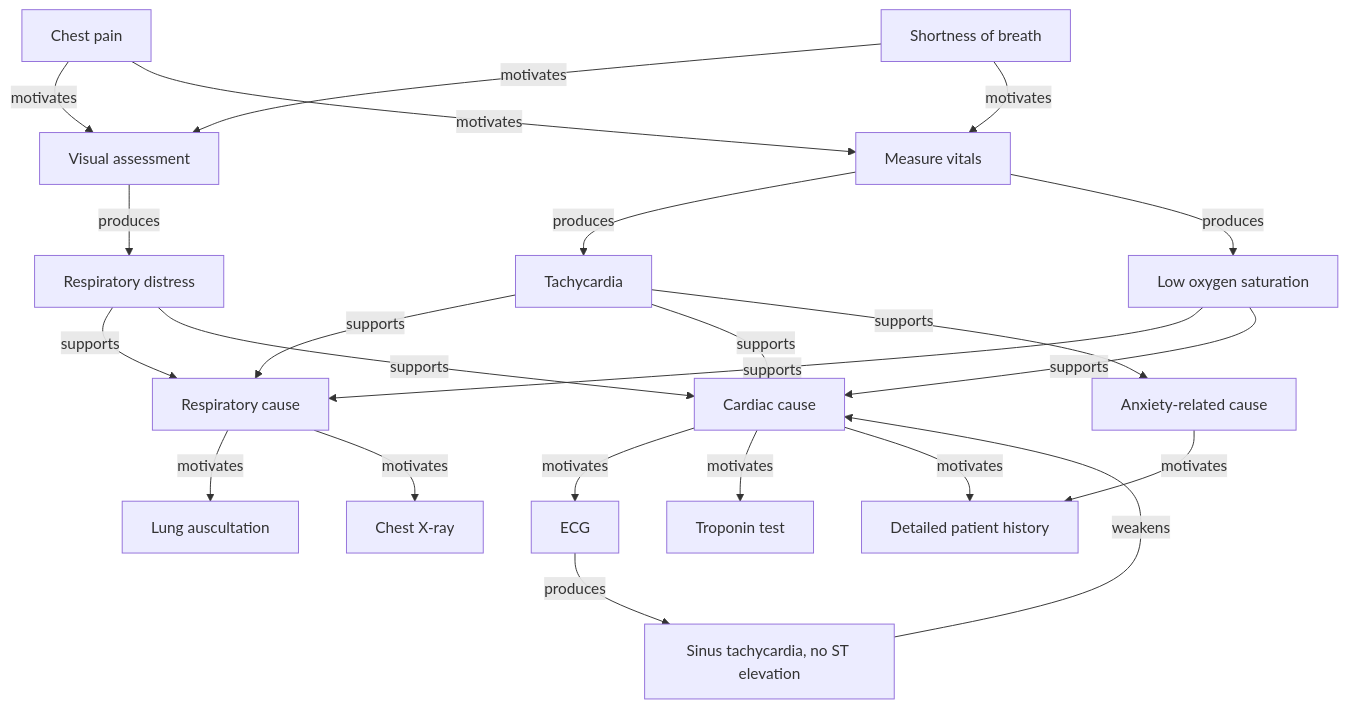
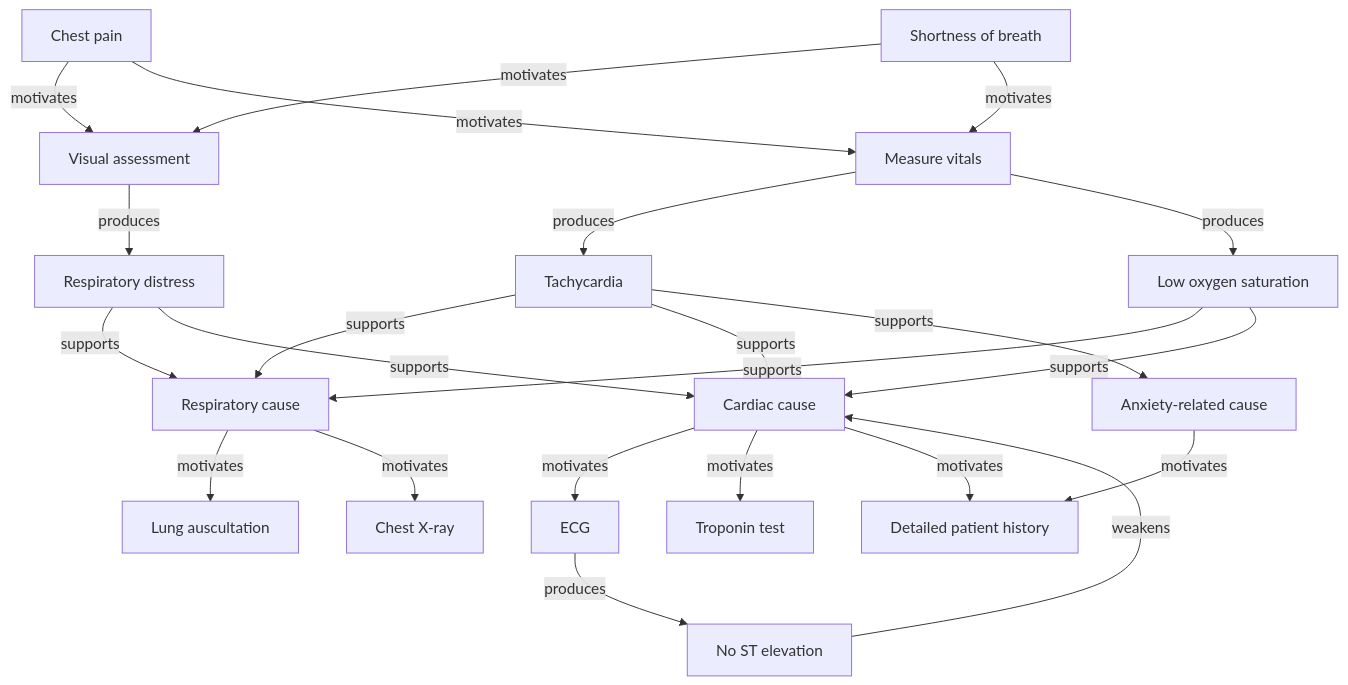
Before and after one commit to kahunacohen/why: the diagram in diagrams/medical.mmd, drawn with Mermaid.

```diff
--- a/diagrams/medical.mmd
+++ b/diagrams/medical.mmd
@@ -1,64 +1,64 @@
 flowchart TD
 
 %% Initital complaints
 C1["Chest pain"]
 C2["Shortness of breath"]
   
 
 %% Investigative actions"]
 A1["Visual assessment"]
 A2["Measure vitals"]
 
 
 %% Initial complaints motivate...
 C1 -->|motivates| A1
 C2 -->|motivates| A1
 C1 -->|motivates| A2
 C2 -->|motivates| A2
 
 %% Observations
 O1["Respiratory distress"]
 O2["Tachycardia"]
 O3["Low oxygen saturation"]
   
 
 %% Measuring vitals produces observations
 A1 -->|produces| O1
 A2 -->|produces| O2
 A2 -->|produces| O3
 
 %% Hypotheses
 H1["Respiratory cause"]
 H2["Cardiac cause"]
 H3["Anxiety-related cause"]
 
 O1 -->|supports| H1
 O1 -->|supports| H2
 
 O2 -->|supports| H1
 O2 -->|supports| H2
 O2 -->|supports| H3
 
 O3 -->|supports| H1
 O3 -->|supports| H2
 
 A5["Lung auscultation"]
 A6["Chest X-ray"]
 H1 --> |motivates| A5
 H1 --> |motivates| A6
   
 A3["ECG"]
 A4["Troponin test"]
 
 H2 --> |motivates| A3
 H2 --> |motivates| A4
 
 A7["Detailed patient history"]
 H3 --> |motivates| A7
 H2 --> |motivates| A7
 
 %% What the last test results produce.
 %% EEG
-O4["Sinus tachycardia, no ST elevation"]
+O4["No ST elevation"]
 A3 --> |produces| O4
 O4 --weakens--> H2
```
